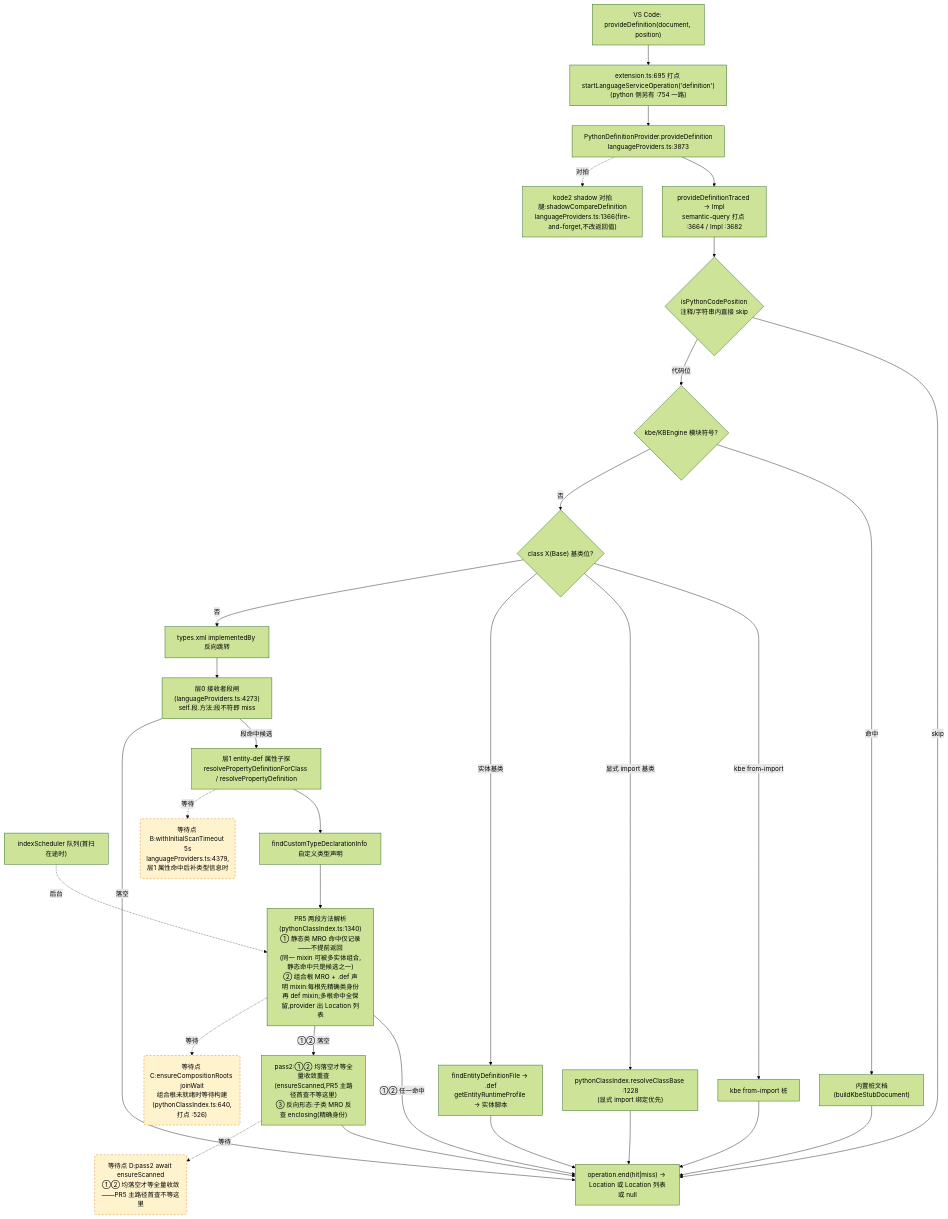
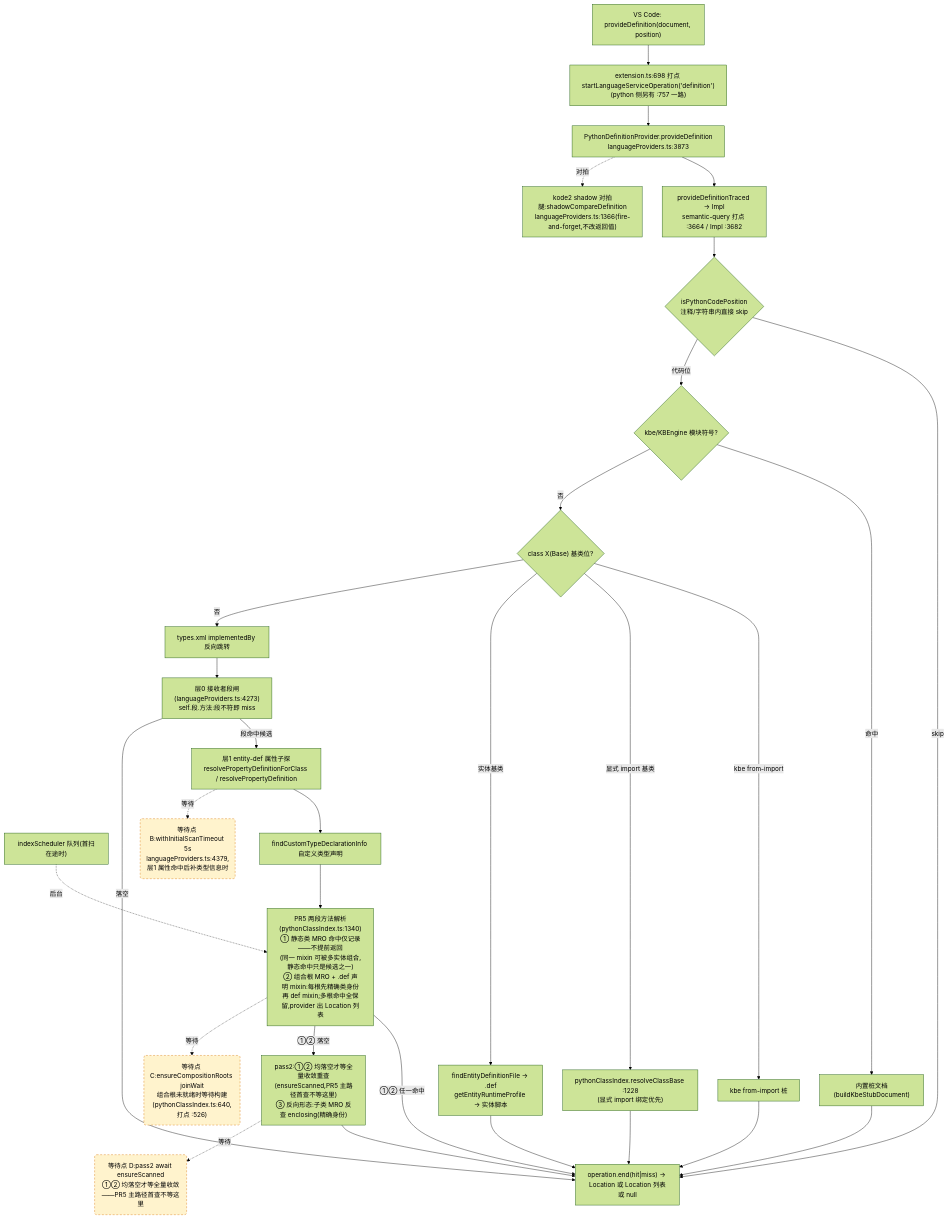
One commit to cuihairu/kode changed the second of 4 diagrams in docs/perf/2026-baseline.md. Above: the diagram before and after it, drawn with Mermaid (forest theme). The commit also changed other lines of this file and 14 other files, not shown here.

Commit message:
feat: schema hot hit validates without file reads

````diff
--- a/docs/perf/2026-baseline.md
+++ b/docs/perf/2026-baseline.md
@@ -130,51 +130,51 @@
 ```mermaid
 flowchart TD
   VC2["VS Code: provideDefinition(document, position)"]
-  M2["extension.ts:695 打点 startLanguageServiceOperation('definition')<br/>(python 侧另有 :754 一路)"]
+  M2["extension.ts:698 打点 startLanguageServiceOperation('definition')<br/>(python 侧另有 :757 一路)"]
   AD2["PythonDefinitionProvider.provideDefinition<br/>languageProviders.ts:3873"]
   TR["provideDefinitionTraced → Impl<br/>semantic-query 打点 :3664 / Impl :3682"]
   CTX{"isPythonCodePosition<br/>注释/字符串内直接 skip"}
   KBE{"kbe/KBEngine 模块符号?"}
   STUB["内置桩文档(buildKbeStubDocument)"]
   CB{"class X(Base) 基类位?"}
   CB1["kbe from-import 桩"]
   CB2["pythonClassIndex.resolveClassBase :1228<br/>(显式 import 绑定优先)"]
   CB3["findEntityDefinitionFile → .def<br/>getEntityRuntimeProfile → 实体脚本"]
   REV["types.xml implementedBy 反向跳转"]
   L0["层0 接收者段闸(languageProviders.ts:4273)<br/>self.段.方法:段不符即 miss"]
   L1["层1 entity-def 属性子探<br/>resolvePropertyDefinitionForClass / resolvePropertyDefinition"]
   SCAN["indexScheduler 队列(首扫在途时)"]
   TY["findCustomTypeDeclarationInfo 自定义类型声明"]
   MRO["PR5 两段方法解析(pythonClassIndex.ts:1340)<br/>① 静态类 MRO 命中仅记录——不提前返回<br/>(同一 mixin 可被多实体组合,静态命中只是候选之一)<br/>② 组合根 MRO + .def 声明 mixin:每根先精确类身份<br/>再 def mixin;多根命中全保留,provider 出 Location 列表"]
   PASS2["pass2:①② 均落空才等全量收敛重查<br/>(ensureScanned,PR5 主路径首查不等这里)<br/>③ 反向形态:子类 MRO 反查 enclosing(精确身份)"]
   SHD["kode2 shadow 对拍腿:shadowCompareDefinition<br/>languageProviders.ts:1366(fire-and-forget,不改返回值)"]
   END2["operation.end(hit|miss) → Location 或 Location 列表或 null"]
 
   VC2 --> M2 --> AD2 --> TR --> CTX
   CTX -- "skip" --> END2
   CTX -- "代码位" --> KBE
   KBE -- "命中" --> STUB --> END2
   KBE -- "否" --> CB
   CB -- "kbe from-import" --> CB1 --> END2
   CB -- "显式 import 基类" --> CB2 --> END2
   CB -- "实体基类" --> CB3 --> END2
   CB -- "否" --> REV --> L0
   L0 -- "段命中候选" --> L1
   L0 -- "落空" --> END2
   L1 --> TY
   TY --> MRO
   MRO -- "①② 任一命中" --> END2
   MRO -- "①② 落空" --> PASS2 --> END2
   AD2 -.->|对拍| SHD
 
   WAITB("等待点 B:withInitialScanTimeout 5s<br/>languageProviders.ts:4379,层1 属性命中后补类型信息时")
   WAITC("等待点 C:ensureCompositionRoots joinWait<br/>组合根未就绪时等待构建(pythonClassIndex.ts:640,打点 :526)")
   WAITD("等待点 D:pass2 await ensureScanned<br/>①② 均落空才等全量收敛——PR5 主路径首查不等这里")
   L1 -.->|等待| WAITB
   MRO -.->|等待| WAITC
   PASS2 -.->|等待| WAITD
   SCAN -.->|后台| MRO
 
   classDef waitPoint fill:#fff3cd,stroke:#d97706,stroke-dasharray:5 4;
   class WAITB,WAITC,WAITD waitPoint;
 ```
````
